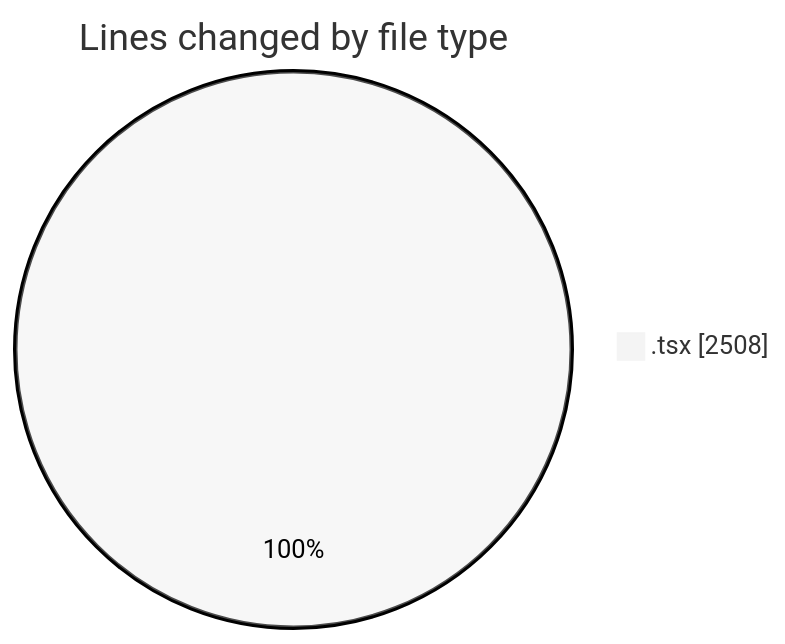
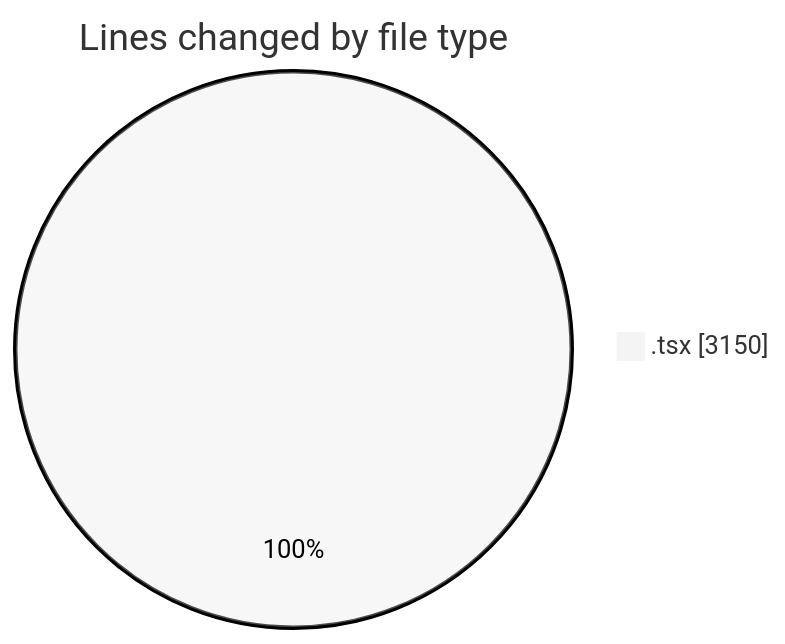
Before and after one commit to JenPaints/code-tracking: the first of 2 diagrams in 2025-06-20/archive/README.md, drawn with Mermaid (neutral theme). The commit also changed other lines of this file and 1 other file, not shown here.

````diff
--- a/2025-06-20/archive/README.md
+++ b/2025-06-20/archive/README.md
@@ -26,5 +28,5 @@
 ```mermaid
 pie showData
 title Lines changed by file type
-".tsx" : 2508
+".tsx" : 3150
 ```
````
